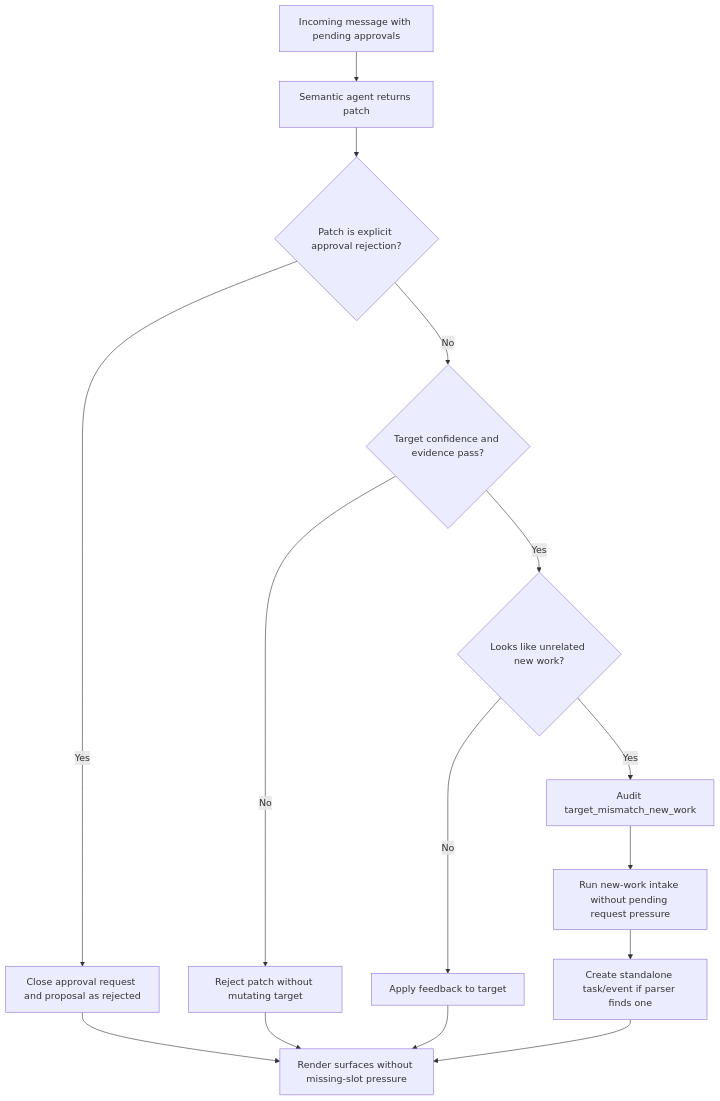
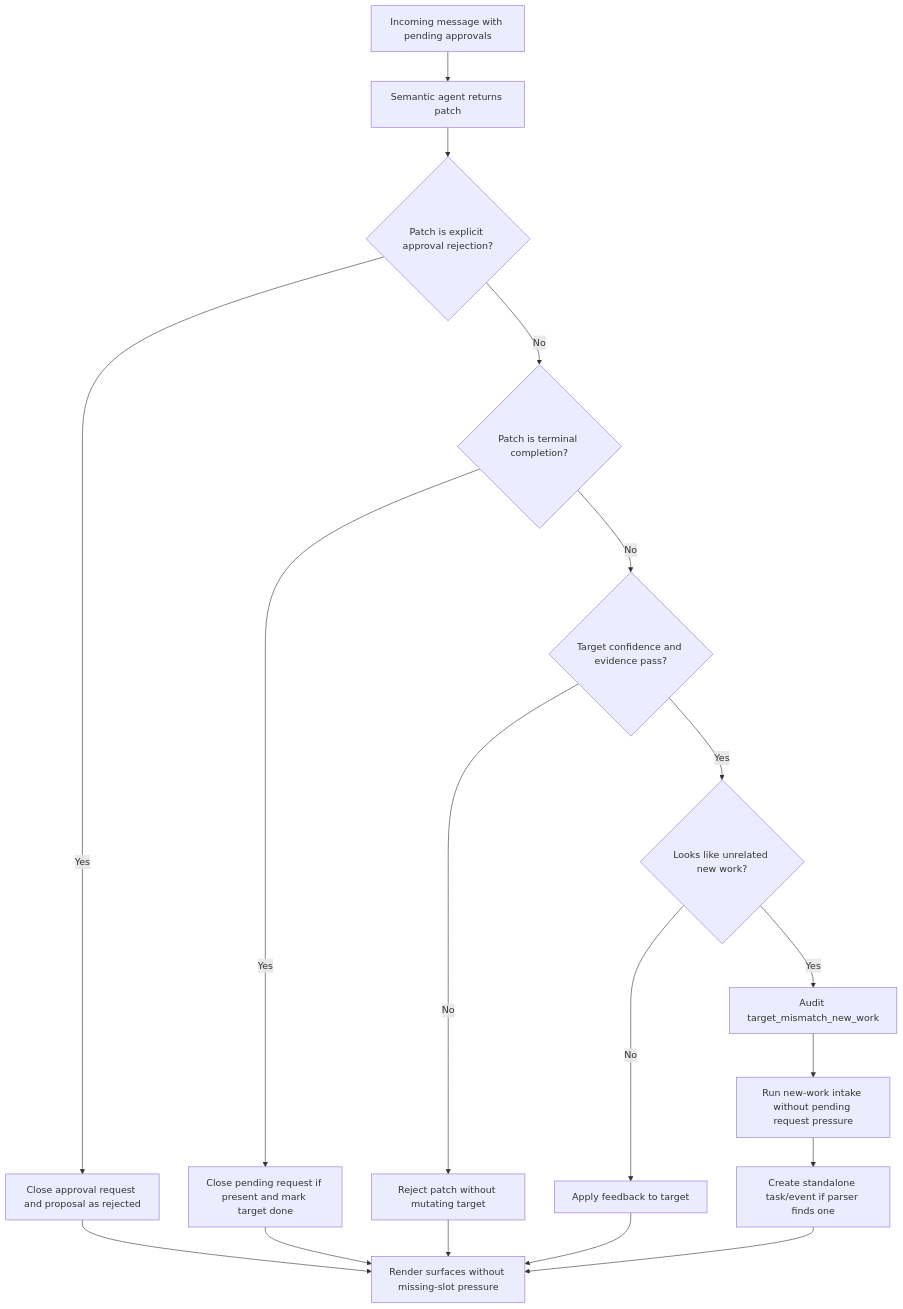
One commit to KOBIC-KBDS/task-management-clean-public changed the third of 8 diagrams in docs/agent-flow.md. Above: the diagram before and after it, drawn with Mermaid. The commit also changed other lines of this file and 11 other files, not shown here.

````diff
--- a/docs/agent-flow.md
+++ b/docs/agent-flow.md
@@ -105,17 +107,20 @@
 ```mermaid
 flowchart TD
   A[Incoming message with pending approvals] --> B[Semantic agent returns patch]
   B --> C{Patch is explicit approval rejection?}
   C -->|Yes| D[Close approval request and proposal as rejected]
-  C -->|No| E{Target confidence and evidence pass?}
+  C -->|No| T{Patch is terminal completion?}
+  T -->|Yes| U[Close pending request if present and mark target done]
+  T -->|No| E{Target confidence and evidence pass?}
   E -->|No| F[Reject patch without mutating target]
   E -->|Yes| G{Looks like unrelated new work?}
   G -->|No| H[Apply feedback to target]
   G -->|Yes| I[Audit target_mismatch_new_work]
   I --> J[Run new-work intake without pending request pressure]
   J --> K[Create standalone task/event if parser finds one]
   D --> L[Render surfaces without missing-slot pressure]
+  U --> L
   F --> L
   H --> L
   K --> L
 ```
````
